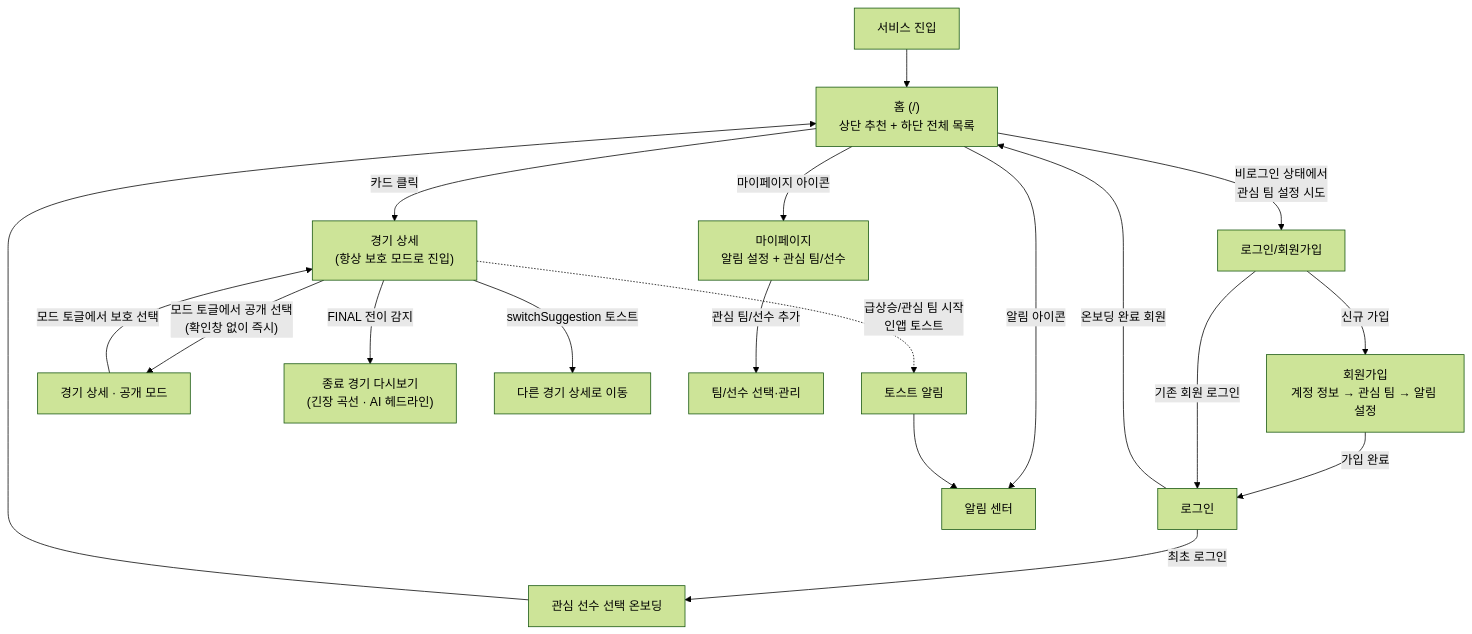
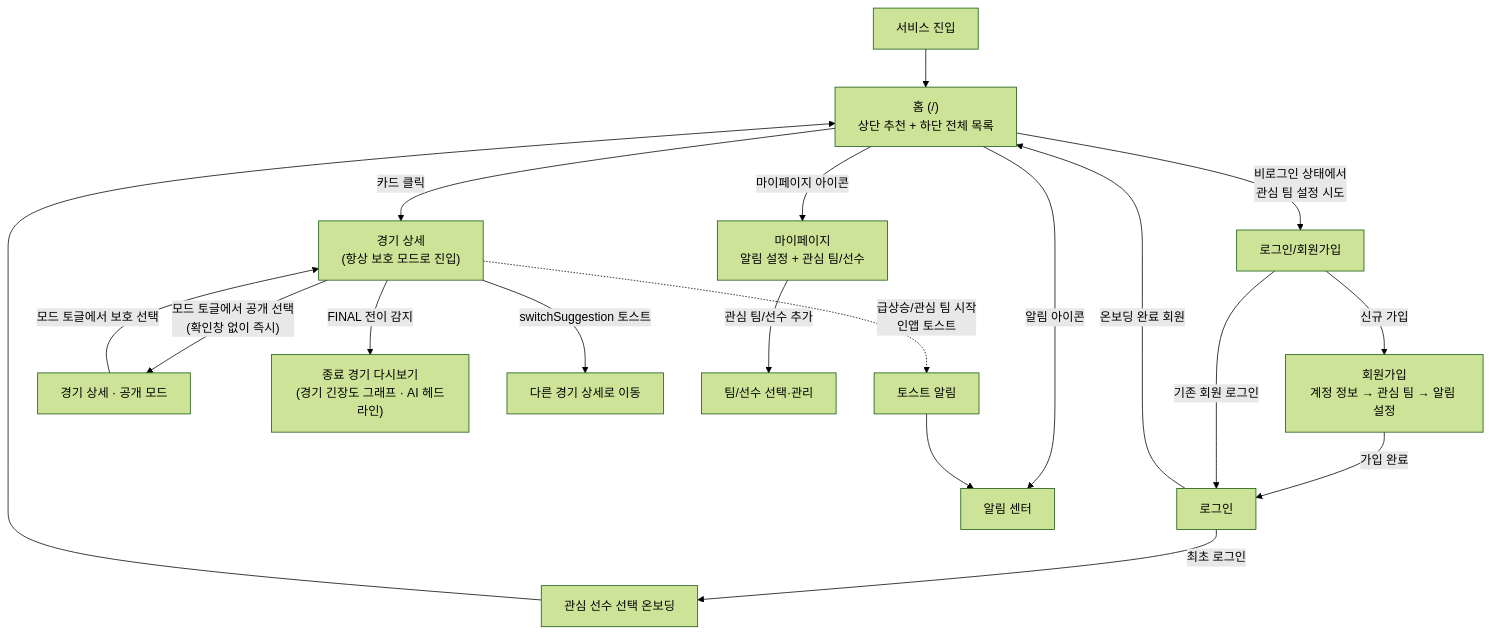
Before and after one commit to team-pulse-mlb/pulse-project: the diagram in docs/product/USER_FLOW.md, drawn with Mermaid (forest theme). The commit also changed other lines of this file and 30 other files, not shown here.

````diff
--- a/docs/product/USER_FLOW.md
+++ b/docs/product/USER_FLOW.md
@@ -13,21 +13,21 @@
 ```mermaid
 flowchart TD
     Enter["서비스 진입"] --> Home["홈 (/)\n상단 추천 + 하단 전체 목록"]
     Home -->|"비로그인 상태에서\n관심 팀 설정 시도"| Auth["로그인/회원가입"]
     Auth -->|"신규 가입"| Signup["회원가입\n계정 정보 → 관심 팀 → 알림 설정"]
     Signup -->|"가입 완료"| Login["로그인"]
     Auth -->|"기존 회원 로그인"| Login
     Login -->|"최초 로그인"| PlayerOnboard["관심 선수 선택 온보딩"]
     PlayerOnboard --> Home
     Login -->|"온보딩 완료 회원"| Home
     Home -->|"카드 클릭"| Detail["경기 상세\n(항상 보호 모드로 진입)"]
     Detail -->|"모드 토글에서 공개 선택\n(확인창 없이 즉시)"| DetailRevealed["경기 상세 · 공개 모드"]
     DetailRevealed -->|"모드 토글에서 보호 선택"| Detail
-    Detail -->|"FINAL 전이 감지"| Replay["종료 경기 다시보기\n(긴장 곡선 · AI 헤드라인)"]
+    Detail -->|"FINAL 전이 감지"| Replay["종료 경기 다시보기\n(경기 긴장도 그래프 · AI 헤드라인)"]
     Detail -->|"switchSuggestion 토스트"| OtherDetail["다른 경기 상세로 이동"]
     Home -->|"알림 아이콘"| NotiCenter["알림 센터"]
     Home -->|"마이페이지 아이콘"| MyPage["마이페이지\n알림 설정 + 관심 팀/선수"]
     MyPage -->|"관심 팀/선수 추가"| TeamPlayer["팀/선수 선택·관리"]
     Detail -.->|"급상승/관심 팀 시작\n인앱 토스트"| Toast["토스트 알림"]
     Toast --> NotiCenter
 ```
````
